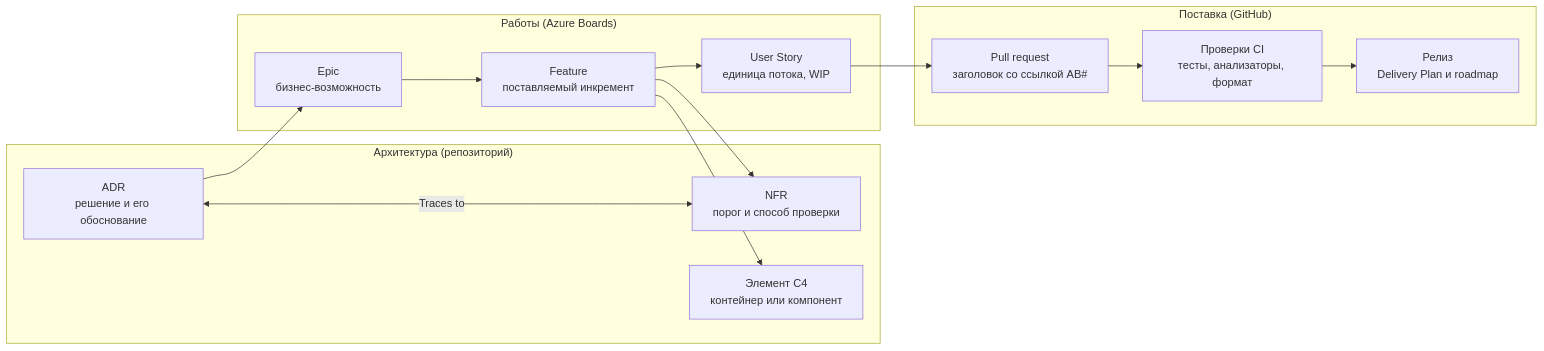
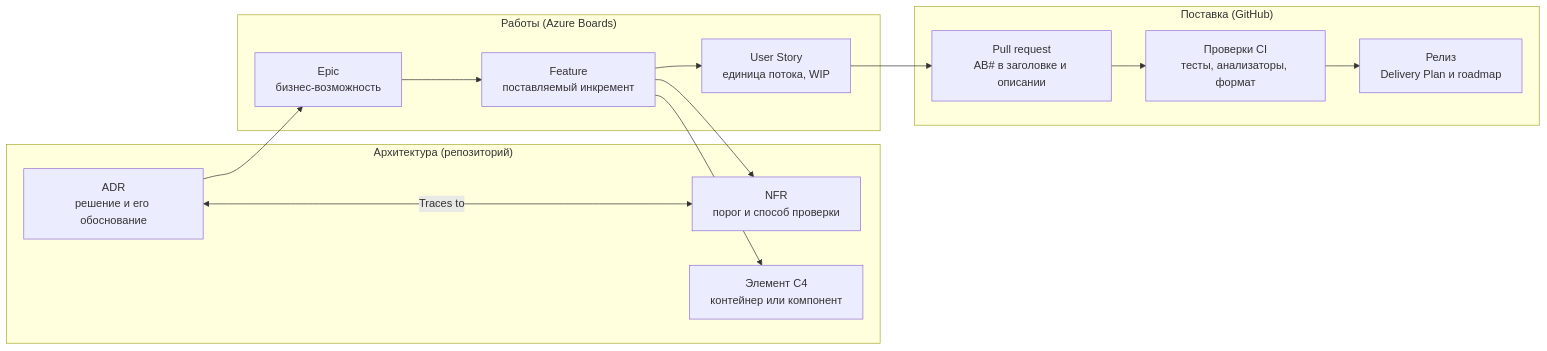
One commit to AlexeyGane/signallog changed the second of 2 diagrams in docs/note.md. Above: the diagram before and after it, drawn with Mermaid. The commit also changed other lines of this file and 3 other files, not shown here.

````diff
--- a/docs/note.md
+++ b/docs/note.md
@@ -226,27 +252,27 @@
 ```mermaid
 flowchart LR
     subgraph ARCH["Архитектура (репозиторий)"]
         ADR["ADR<br/>решение и его обоснование"]
         NFR["NFR<br/>порог и способ проверки"]
         C4["Элемент C4<br/>контейнер или компонент"]
     end
     subgraph WORK["Работы (Azure Boards)"]
         EPIC["Epic<br/>бизнес-возможность"]
         FEAT["Feature<br/>поставляемый инкремент"]
         STORY["User Story<br/>единица потока, WIP"]
     end
     subgraph DELIV["Поставка (GitHub)"]
-        PR["Pull request<br/>заголовок со ссылкой AB#"]
+        PR["Pull request<br/>AB# в заголовке и описании"]
         CI["Проверки CI<br/>тесты, анализаторы, формат"]
         REL["Релиз<br/>Delivery Plan и roadmap"]
     end
     ADR --> EPIC
     ADR <-->|Traces to| NFR
     EPIC --> FEAT
     FEAT --> NFR
     FEAT --> C4
     FEAT --> STORY
     STORY --> PR
     PR --> CI
     CI --> REL
 ```
````
